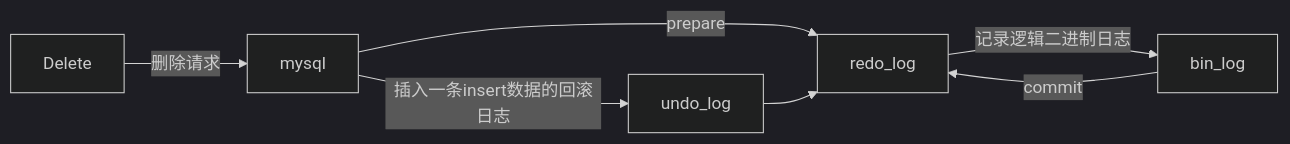
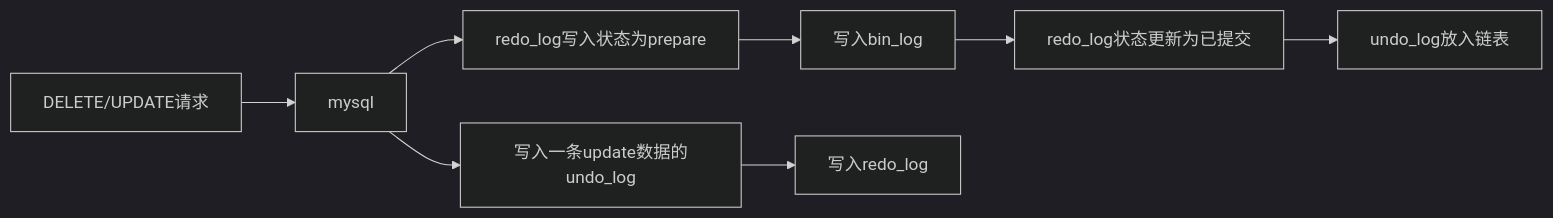
One commit to lwx-fly/review changed the fourth of 5 diagrams in mysql.md. Above: the diagram before and after it, drawn with Mermaid (dark theme). The commit also changed other lines of this file, not shown here.

````diff
--- a/mysql.md
+++ b/mysql.md
@@ -28,6 +25,6 @@
 ```mermaid
 graph LR;
-Delete--删除请求-->mysql   
-mysql--prepare-->redo_log--记录逻辑二进制日志-->bin_log--commit-->redo_log
-mysql--插入一条insert数据的回滚日志-->undo_log-->redo_log
+DELETE/UPDATE请求-->mysql   
+mysql-->redo_log写入状态为prepare-->写入bin_log-->redo_log状态更新为已提交-->undo_log放入链表
+mysql-->写入一条update数据的undo_log-->写入redo_log
 ```
````
